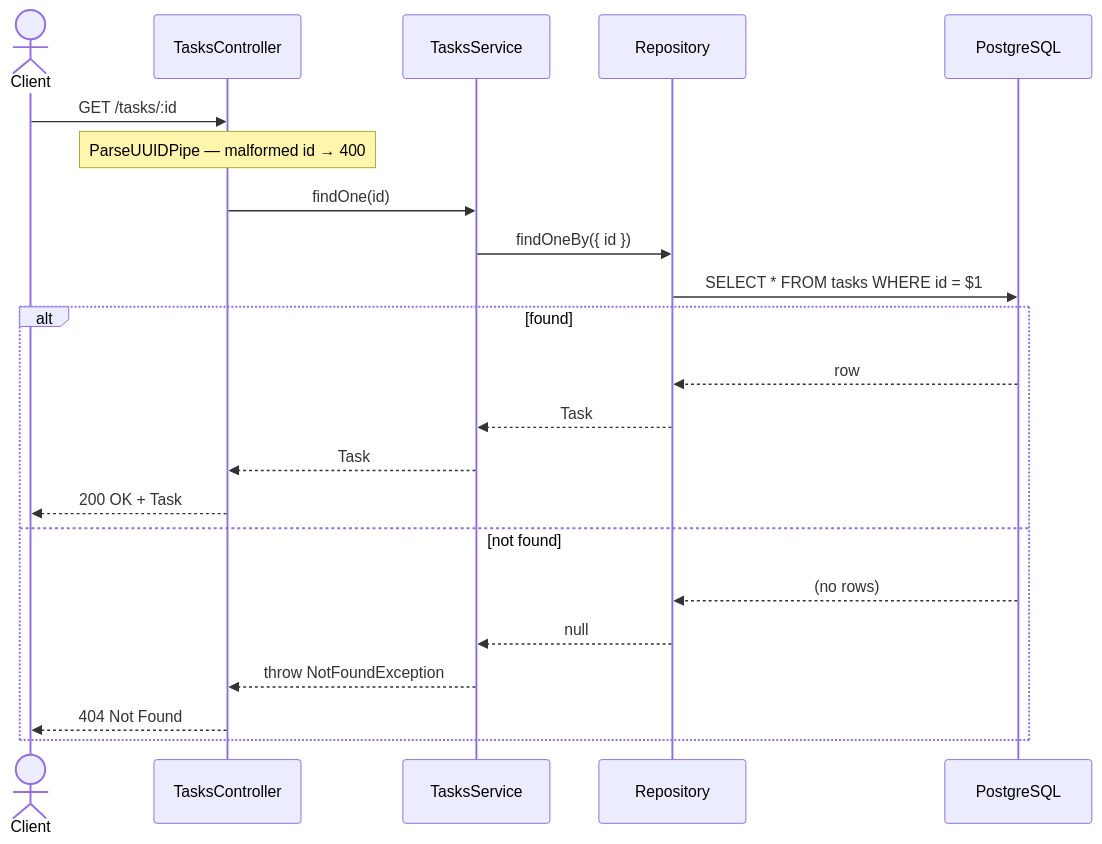
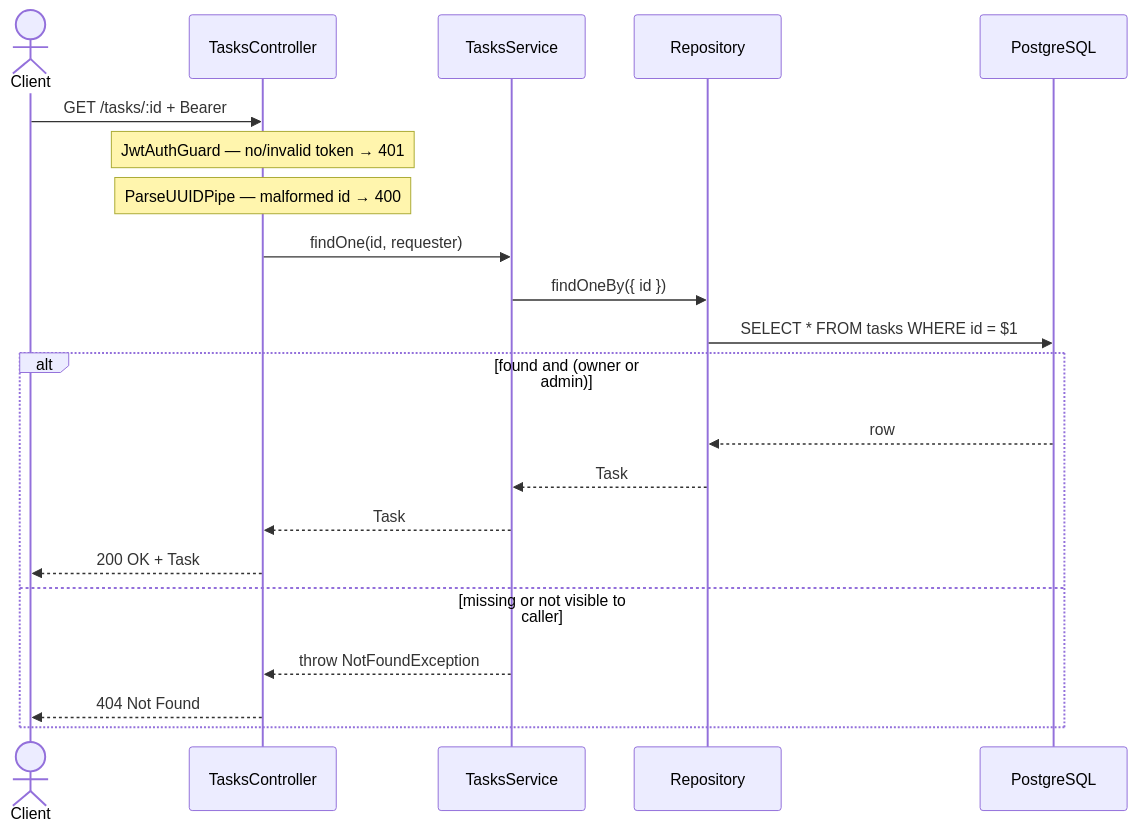
Before and after one commit to AnaMuraya/conveyor: the fourth of 5 diagrams in docs/architecture.md, drawn with Mermaid. The commit also changed other lines of this file and 37 other files, not shown here.

````diff
--- a/docs/architecture.md
+++ b/docs/architecture.md
@@ -120,25 +136,24 @@
 ```mermaid
 sequenceDiagram
   actor Client
   participant C as TasksController
   participant S as TasksService
   participant R as Repository
   participant DB as PostgreSQL
 
-  Client->>C: GET /tasks/:id
+  Client->>C: GET /tasks/:id + Bearer
+  Note over C: JwtAuthGuard — no/invalid token → 401
   Note over C: ParseUUIDPipe — malformed id → 400
-  C->>S: findOne(id)
+  C->>S: findOne(id, requester)
   S->>R: findOneBy({ id })
   R->>DB: SELECT * FROM tasks WHERE id = $1
-  alt found
+  alt found and (owner or admin)
     DB-->>R: row
     R-->>S: Task
     S-->>C: Task
     C-->>Client: 200 OK + Task
-  else not found
-    DB-->>R: (no rows)
-    R-->>S: null
+  else missing or not visible to caller
     S-->>C: throw NotFoundException
     C-->>Client: 404 Not Found
   end
 ```
````
